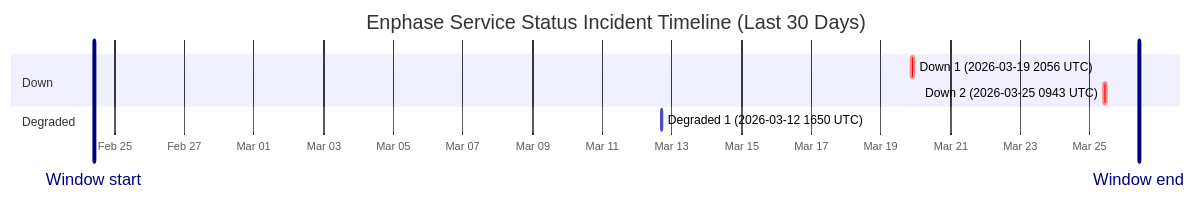
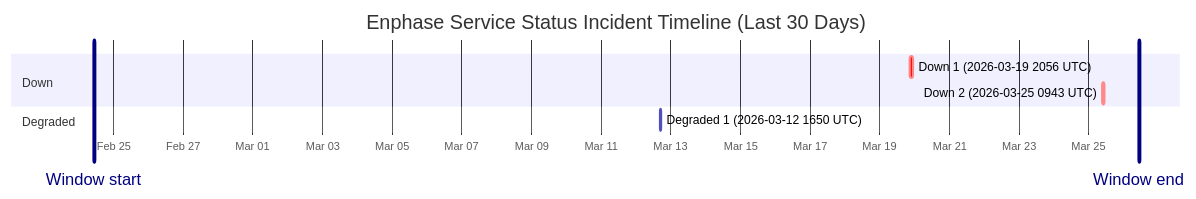
Before and after one commit to barneyonline/ha-enphase-ev-charger: the diagram in wiki/Service-Status-History.md, drawn with Mermaid. The commit also changed other lines of this file and 3 other files, not shown here.

````diff
--- a/wiki/Service-Status-History.md
+++ b/wiki/Service-Status-History.md
@@ -14,13 +14,13 @@
 ```mermaid
 gantt
     title Enphase Service Status Incident Timeline (Last 30 Days)
     dateFormat  YYYY-MM-DDTHH:mm:ss
     axisFormat  %b %d
-    Window start :vert, window-start, 2026-02-24T09:53:34, 0ms
-    Window end :vert, window-end, 2026-03-26T09:53:34, 0ms
+    Window start :vert, window-start, 2026-02-24T10:43:28, 0ms
+    Window end :vert, window-end, 2026-03-26T10:43:28, 0ms
     section Down
     Down 1 (2026-03-19 2056 UTC) :crit, down-1, 2026-03-19T20:56:20, 145m
     Down 2 (2026-03-25 0943 UTC) :crit, down-2, 2026-03-25T09:43:28, 111m
     section Degraded
     Degraded 1 (2026-03-12 1650 UTC) :active, degraded-1, 2026-03-12T16:50:43, 60m
 ```
````
